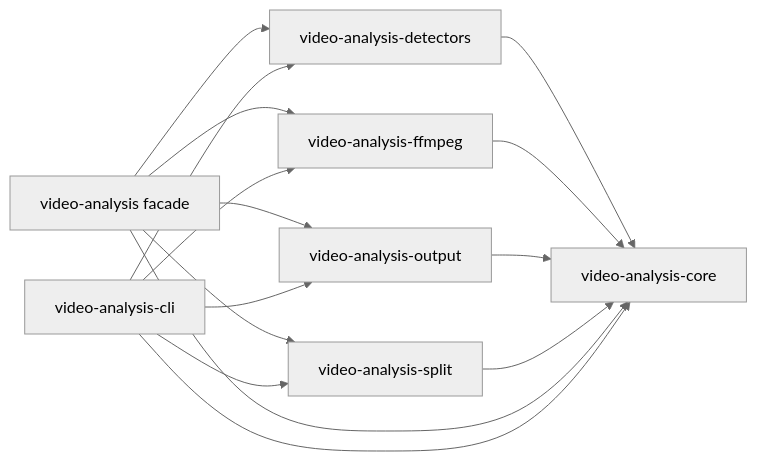
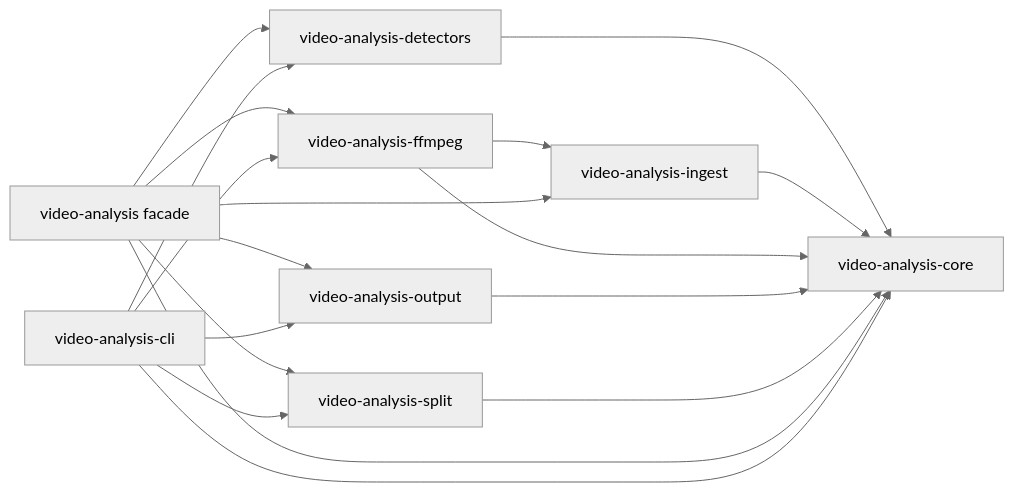
Before and after one commit to moritzbrantner/rust-packages: the diagram in README.md, drawn with Mermaid (neutral theme). The commit also changed other lines of this file and 8 other files, not shown here.

First line of the commit message:
Add ingest crate and streaming analysis pipelines

````diff
--- a/README.md
+++ b/README.md
@@ -23,29 +24,33 @@
 ```mermaid
 flowchart LR
     core[video-analysis-core]
 
     detectors[video-analysis-detectors]
+    ingest[video-analysis-ingest]
     ffmpeg[video-analysis-ffmpeg]
     output[video-analysis-output]
     split[video-analysis-split]
 
     root[video-analysis facade]
     cli[video-analysis-cli]
 
     detectors --> core
+    ingest --> core
     ffmpeg --> core
+    ffmpeg --> ingest
     output --> core
     split --> core
 
     root --> core
     root --> detectors
+    root --> ingest
     root --> ffmpeg
     root --> output
     root --> split
 
     cli --> core
     cli --> detectors
     cli --> ffmpeg
     cli --> output
     cli --> split
 ```
````
